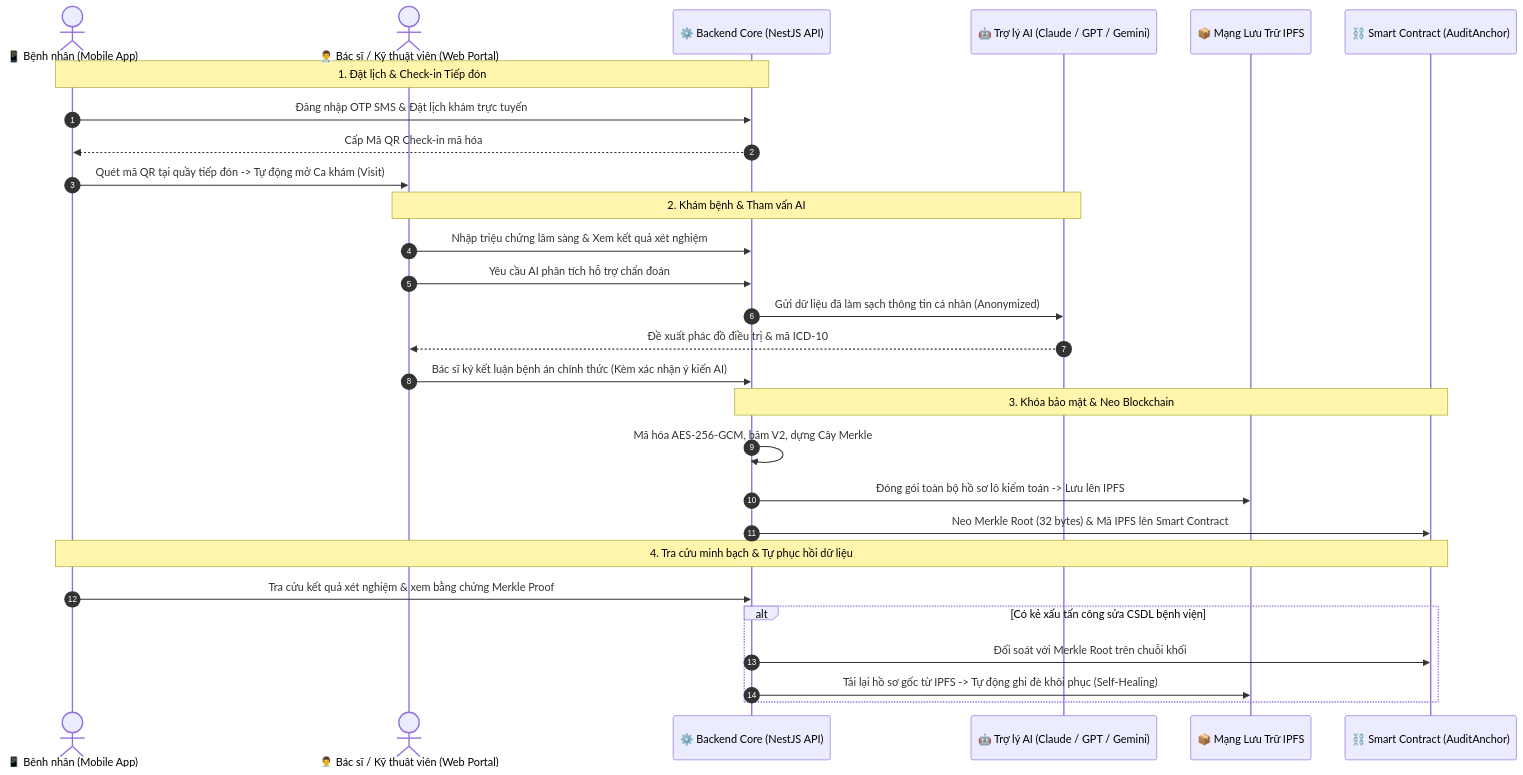
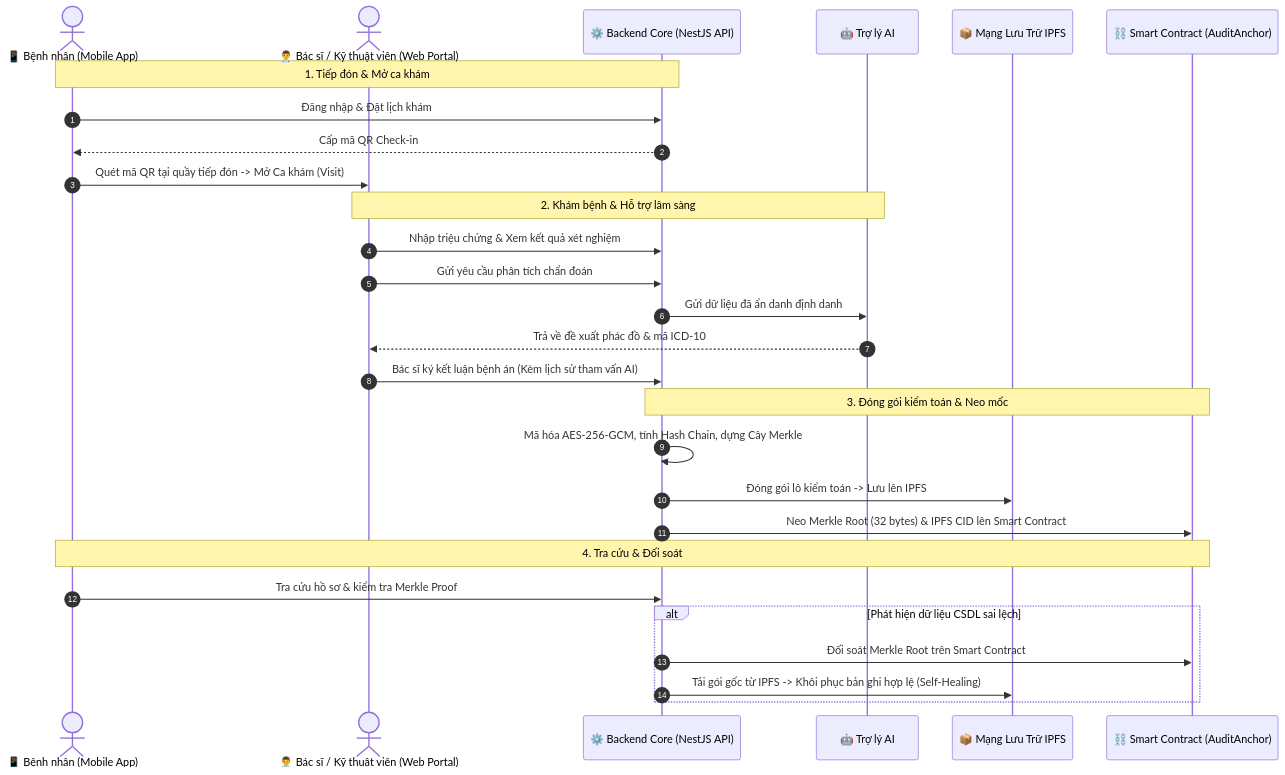
Before and after one commit to duc19092005/KLTN: the second of 2 diagrams in README.md, drawn with Mermaid. The commit also changed other lines of this file and 1 other file, not shown here.

````diff
--- a/README.md
+++ b/README.md
@@ -129,34 +126,34 @@
 ```mermaid
 sequenceDiagram
     autonumber
     actor P as 📱 Bệnh nhân (Mobile App)
     actor D as 👨‍⚕️ Bác sĩ / Kỹ thuật viên (Web Portal)
     participant API as ⚙️ Backend Core (NestJS API)
-    participant AI as 🤖 Trợ lý AI (Claude / GPT / Gemini)
+    participant AI as 🤖 Trợ lý AI
     participant IPFS as 📦 Mạng Lưu Trữ IPFS
     participant SC as ⛓️ Smart Contract (AuditAnchor)
 
-    Note over P,API: 1. Đặt lịch & Check-in Tiếp đón
-    P->>API: Đăng nhập OTP SMS & Đặt lịch khám trực tuyến
-    API-->>P: Cấp Mã QR Check-in mã hóa
-    P->>D: Quét mã QR tại quầy tiếp đón -> Tự động mở Ca khám (Visit)
+    Note over P,API: 1. Tiếp đón & Mở ca khám
+    P->>API: Đăng nhập & Đặt lịch khám
+    API-->>P: Cấp mã QR Check-in
+    P->>D: Quét mã QR tại quầy tiếp đón -> Mở Ca khám (Visit)
 
-    Note over D,AI: 2. Khám bệnh & Tham vấn AI
-    D->>API: Nhập triệu chứng lâm sàng & Xem kết quả xét nghiệm
-    D->>API: Yêu cầu AI phân tích hỗ trợ chẩn đoán
-    API->>AI: Gửi dữ liệu đã làm sạch thông tin cá nhân (Anonymized)
-    AI-->>D: Đề xuất phác đồ điều trị & mã ICD-10
-    D->>API: Bác sĩ ký kết luận bệnh án chính thức (Kèm xác nhận ý kiến AI)
+    Note over D,AI: 2. Khám bệnh & Hỗ trợ lâm sàng
+    D->>API: Nhập triệu chứng & Xem kết quả xét nghiệm
+    D->>API: Gửi yêu cầu phân tích chẩn đoán
+    API->>AI: Gửi dữ liệu đã ẩn danh định danh
+    AI-->>D: Trả về đề xuất phác đồ & mã ICD-10
+    D->>API: Bác sĩ ký kết luận bệnh án (Kèm lịch sử tham vấn AI)
 
-    Note over API,SC: 3. Khóa bảo mật & Neo Blockchain
-    API->>API: Mã hóa AES-256-GCM, băm V2, dựng Cây Merkle
-    API->>IPFS: Đóng gói toàn bộ hồ sơ lô kiểm toán -> Lưu lên IPFS
-    API->>SC: Neo Merkle Root (32 bytes) & Mã IPFS lên Smart Contract
+    Note over API,SC: 3. Đóng gói kiểm toán & Neo mốc
+    API->>API: Mã hóa AES-256-GCM, tính Hash Chain, dựng Cây Merkle
+    API->>IPFS: Đóng gói lô kiểm toán -> Lưu lên IPFS
+    API->>SC: Neo Merkle Root (32 bytes) & IPFS CID lên Smart Contract
 
-    Note over P,SC: 4. Tra cứu minh bạch & Tự phục hồi dữ liệu
-    P->>API: Tra cứu kết quả xét nghiệm & xem bằng chứng Merkle Proof
-    alt Có kẻ xấu tấn công sửa CSDL bệnh viện
-        API->>SC: Đối soát với Merkle Root trên chuỗi khối
-        API->>IPFS: Tải lại hồ sơ gốc từ IPFS -> Tự động ghi đè khôi phục (Self-Healing)
+    Note over P,SC: 4. Tra cứu & Đối soát
+    P->>API: Tra cứu hồ sơ & kiểm tra Merkle Proof
+    alt Phát hiện dữ liệu CSDL sai lệch
+        API->>SC: Đối soát Merkle Root trên Smart Contract
+        API->>IPFS: Tải gói gốc từ IPFS -> Khôi phục bản ghi hợp lệ (Self-Healing)
     end
 ```
````
